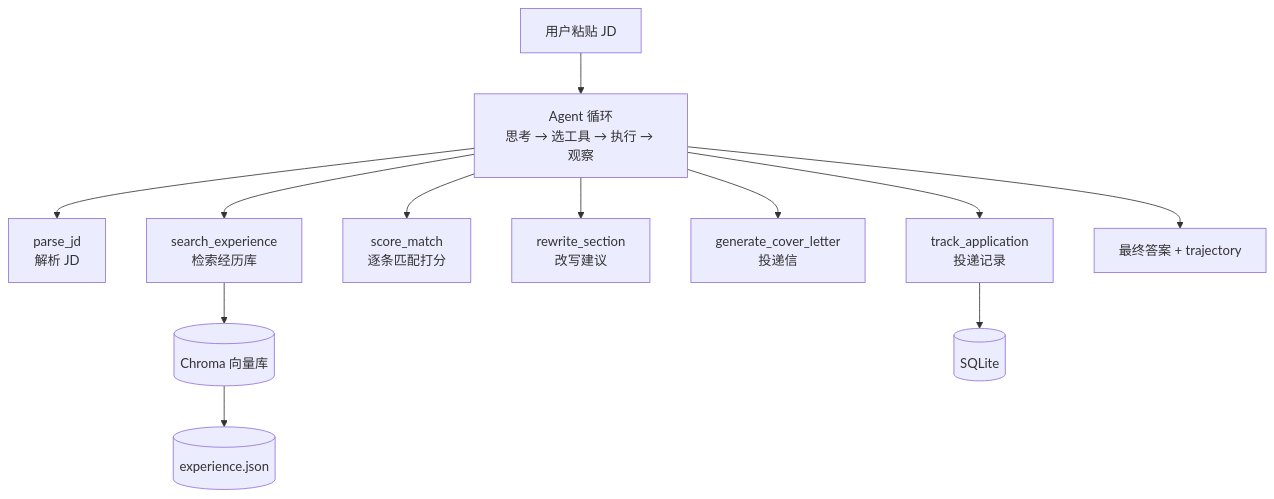
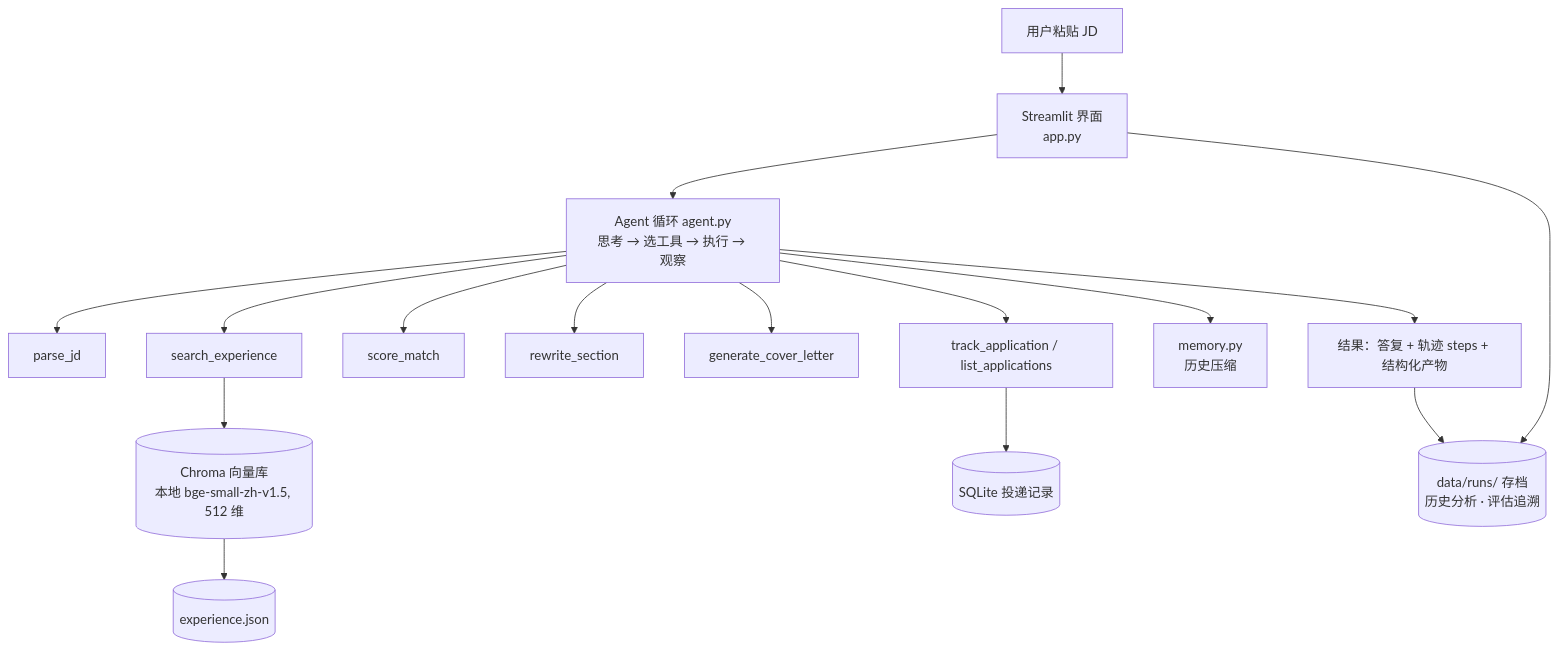
Before and after one commit to X-Shadow/job-agent: the diagram in README.md, drawn with Mermaid. The commit also changed other lines of this file and 4 other files, not shown here.

````diff
--- a/README.md
+++ b/README.md
@@ -80,14 +80,18 @@
 ```mermaid
 flowchart TD
-    U[用户粘贴 JD] --> A[Agent 循环<br/>思考 → 选工具 → 执行 → 观察]
-    A --> T1[parse_jd<br/>解析 JD]
-    A --> T2[search_experience<br/>检索经历库]
-    A --> T3[score_match<br/>逐条匹配打分]
-    A --> T4[rewrite_section<br/>改写建议]
-    A --> T5[generate_cover_letter<br/>投递信]
-    A --> T6[track_application<br/>投递记录]
-    T2 --> V[(Chroma 向量库)]
+    U[用户粘贴 JD] --> UI[Streamlit 界面<br/>app.py]
+    UI --> A[Agent 循环 agent.py<br/>思考 → 选工具 → 执行 → 观察]
+    A --> T1[parse_jd]
+    A --> T2[search_experience]
+    A --> T3[score_match]
+    A --> T4[rewrite_section]
+    A --> T5[generate_cover_letter]
+    A --> T6[track_application / list_applications]
+    T2 --> V[(Chroma 向量库<br/>本地 bge-small-zh-v1.5, 512 维)]
     V --> E[(experience.json)]
-    T6 --> D[(SQLite)]
-    A --> R[最终答案 + trajectory]
+    T6 --> D[(SQLite 投递记录)]
+    A --> M[memory.py<br/>历史压缩]
+    A --> R[结果：答复 + 轨迹 steps + 结构化产物]
+    R --> AR[(data/runs/ 存档<br/>历史分析 · 评估追溯)]
+    UI --> AR
 ```
````
